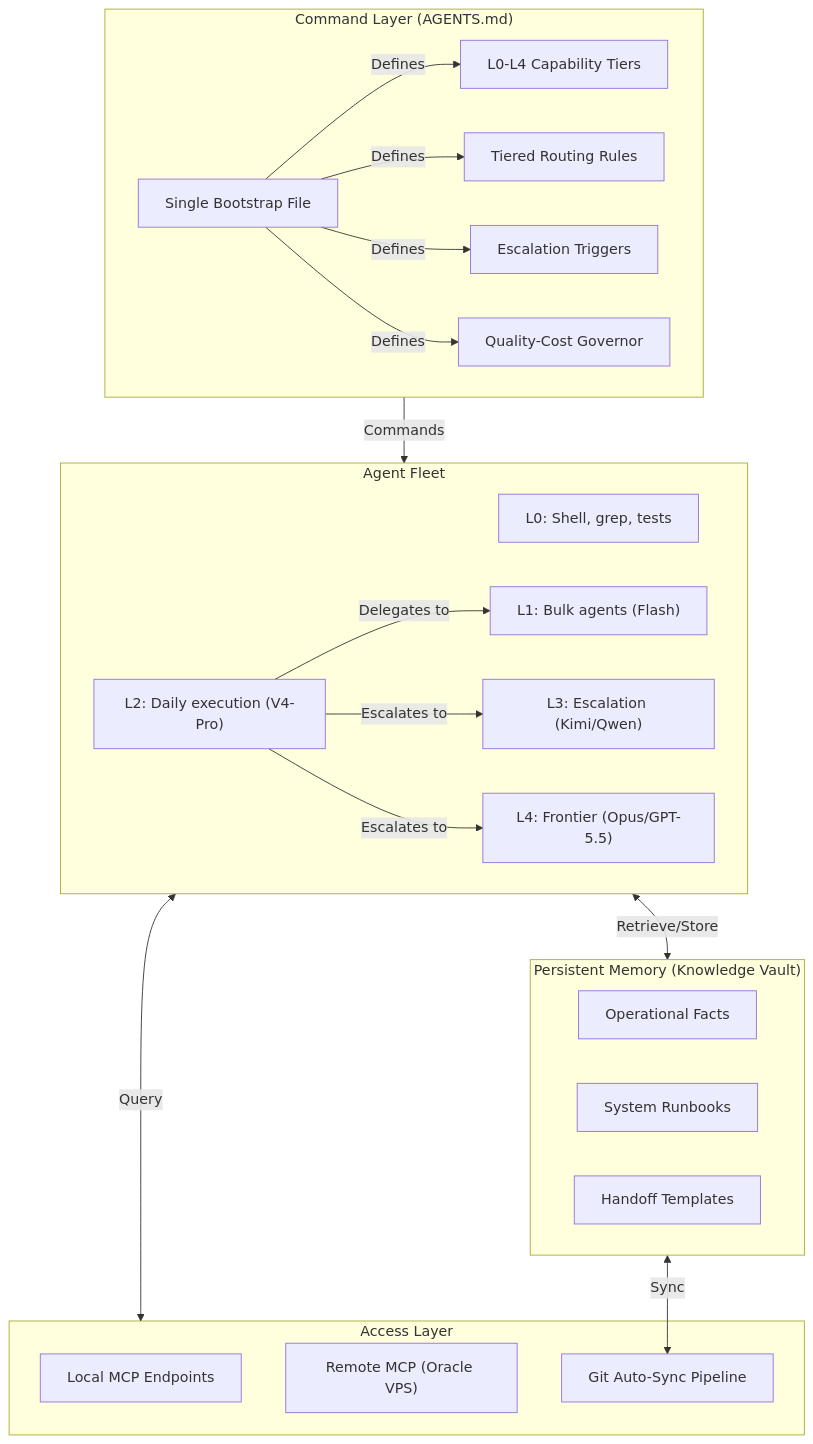
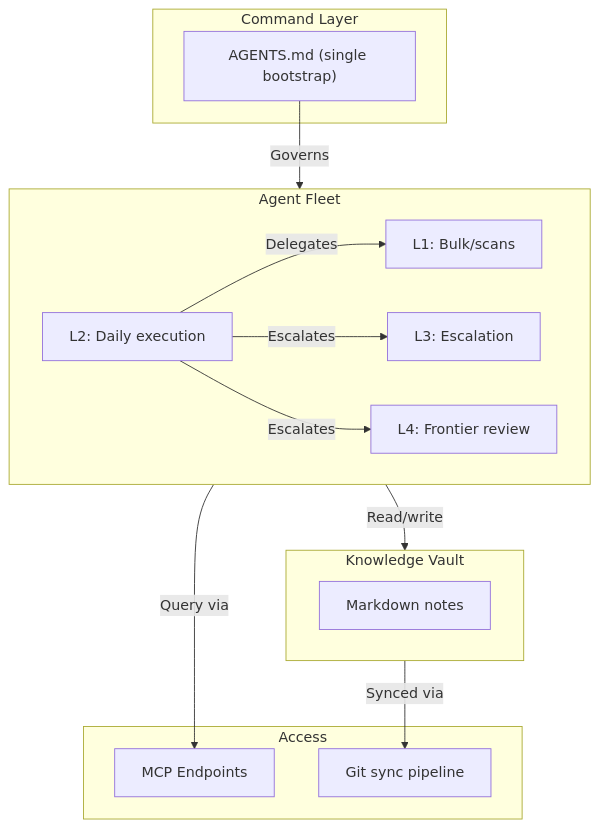
One commit to matteopasseri407/agentic-ops changed the diagram in case-studies/agentic-knowledge-vault-mcp.md. Above: the diagram before and after it, drawn with Mermaid. The commit also changed other lines of this file and 2 other files, not shown here.

Commit message:
Tighten vault case study: descriptive not prescriptive, remove tutorial tone

````diff
--- a/case-studies/agentic-knowledge-vault-mcp.md
+++ b/case-studies/agentic-knowledge-vault-mcp.md
@@ -26,37 +23,30 @@
 ```mermaid
 graph TD
-    subgraph CommandLayer["Command Layer (AGENTS.md)"]
-        Bootstrap["Single Bootstrap File"] -->|Defines| Tiers["L0-L4 Capability Tiers"]
-        Bootstrap -->|Defines| Routing["Tiered Routing Rules"]
-        Bootstrap -->|Defines| Escalation["Escalation Triggers"]
-        Bootstrap -->|Defines| Governor["Quality-Cost Governor"]
+    subgraph Command["Command Layer"]
+        Bootstrap["AGENTS.md (single bootstrap)"]
     end
 
     subgraph Agents["Agent Fleet"]
-        L0["L0: Shell, grep, tests"]
-        L1["L1: Bulk agents (Flash)"]
-        L2["L2: Daily execution (V4-Pro)"]
-        L3["L3: Escalation (Kimi/Qwen)"]
-        L4["L4: Frontier (Opus/GPT-5.5)"]
+        L2["L2: Daily execution"]
+        L1["L1: Bulk/scans"]
+        L3["L3: Escalation"]
+        L4["L4: Frontier review"]
     end
 
-    subgraph Memory["Persistent Memory (Knowledge Vault)"]
-        Facts["Operational Facts"]
-        Runbooks["System Runbooks"]
-        HandoffTemplates["Handoff Templates"]
+    subgraph Memory["Knowledge Vault"]
+        Notes["Markdown notes"]
     end
 
-    subgraph Access["Access Layer"]
-        LocalMCP["Local MCP Endpoints"]
-        RemoteMCP["Remote MCP (Oracle VPS)"]
-        GitSync["Git Auto-Sync Pipeline"]
+    subgraph Access["Access"]
+        MCP["MCP Endpoints"]
+        Git["Git sync pipeline"]
     end
 
-    CommandLayer -->|Commands| Agents
-    Agents <-->|Retrieve/Store| Memory
-    Memory <-->|Sync| GitSync
-    Agents <-->|Query| Access
-    L2 -->|Delegates to| L1
-    L2 -->|Escalates to| L3
-    L2 -->|Escalates to| L4
+    Bootstrap -->|Governs| Agents
+    Agents -->|Read/write| Memory
+    Memory -->|Synced via| Git
+    Agents -->|Query via| MCP
+    L2 -->|Delegates| L1
+    L2 -->|Escalates| L3
+    L2 -->|Escalates| L4
 ```
````
